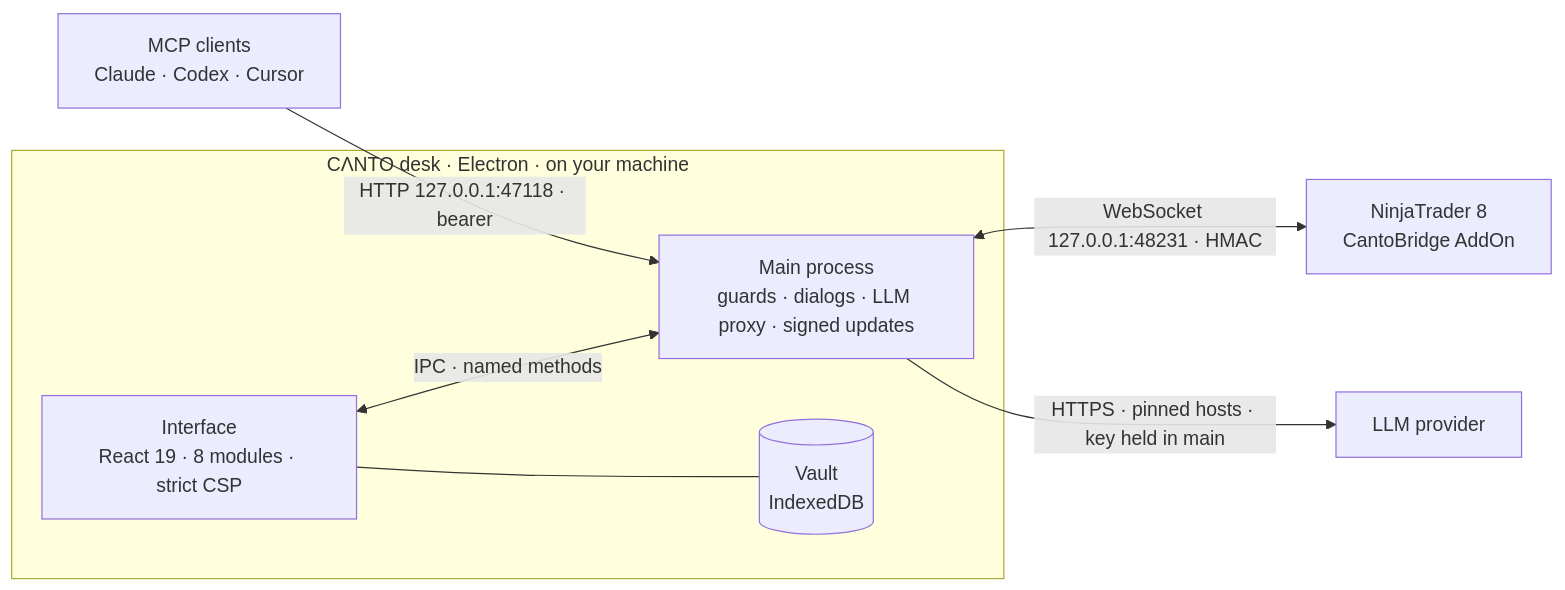
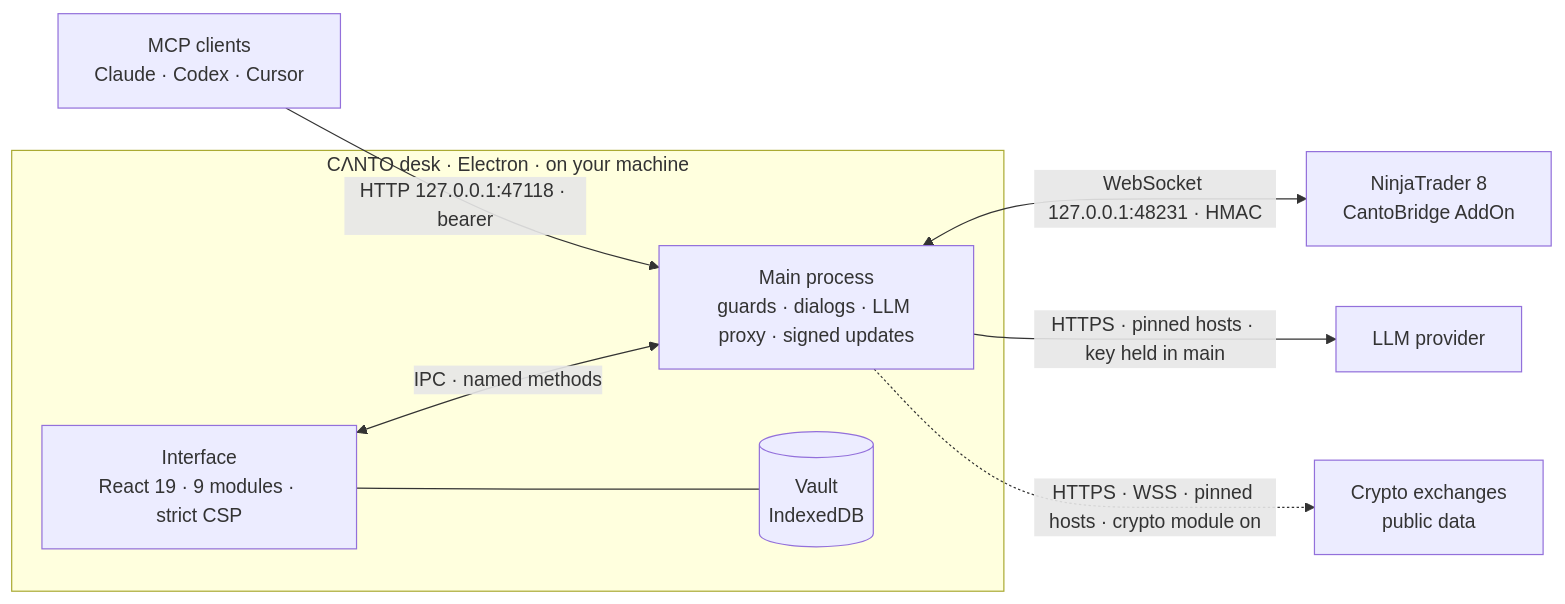
Before and after one commit to 0xSrk/C-NTO: the second of 2 diagrams in README.md, drawn with Mermaid. The commit also changed other lines of this file and 7 other files, not shown here.

````diff
--- a/README.md
+++ b/README.md
@@ -614,10 +648,11 @@
 ```mermaid
 flowchart LR
     X["MCP clients<br/>Claude · Codex · Cursor"] -->|"HTTP 127.0.0.1:47118 · bearer"| M
     subgraph DESK["CΛNTO desk · Electron · on your machine"]
-        R["Interface<br/>React 19 · 8 modules · strict CSP"] <-->|"IPC · named methods"| M["Main process<br/>guards · dialogs · LLM proxy · signed updates"]
+        R["Interface<br/>React 19 · 9 modules · strict CSP"] <-->|"IPC · named methods"| M["Main process<br/>guards · dialogs · LLM proxy · signed updates"]
         R --- V[("Vault<br/>IndexedDB")]
     end
     M <-->|"WebSocket 127.0.0.1:48231 · HMAC"| NT["NinjaTrader 8<br/>CantoBridge AddOn"]
     M -->|"HTTPS · pinned hosts · key held in main"| P["LLM provider"]
+    M -.->|"HTTPS · WSS · pinned hosts · crypto module on"| CX["Crypto exchanges<br/>public data"]
 ```
````
